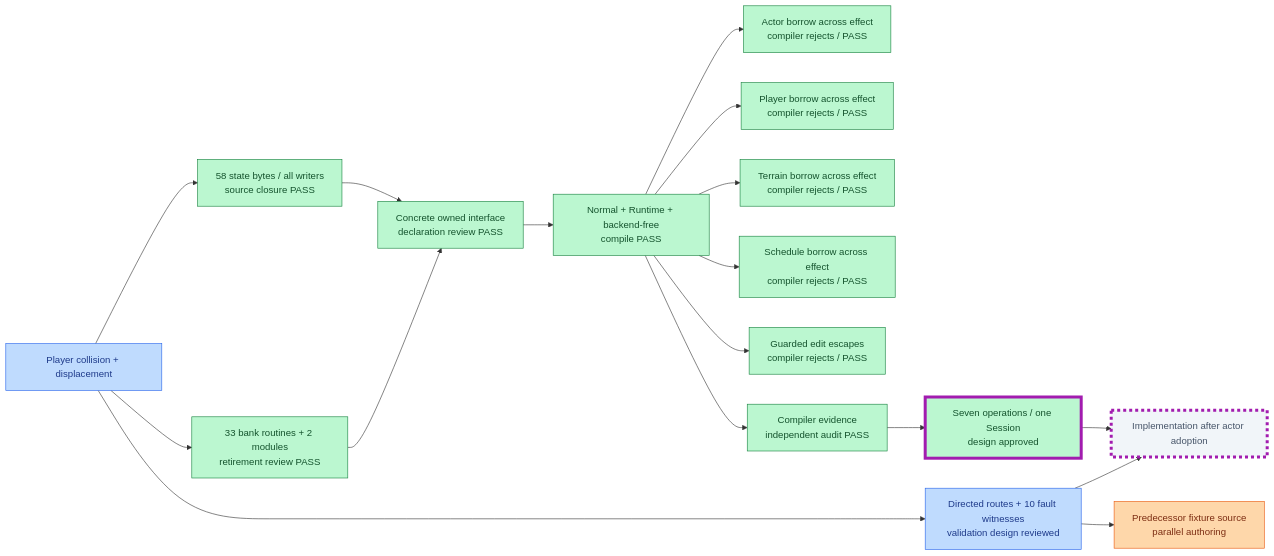
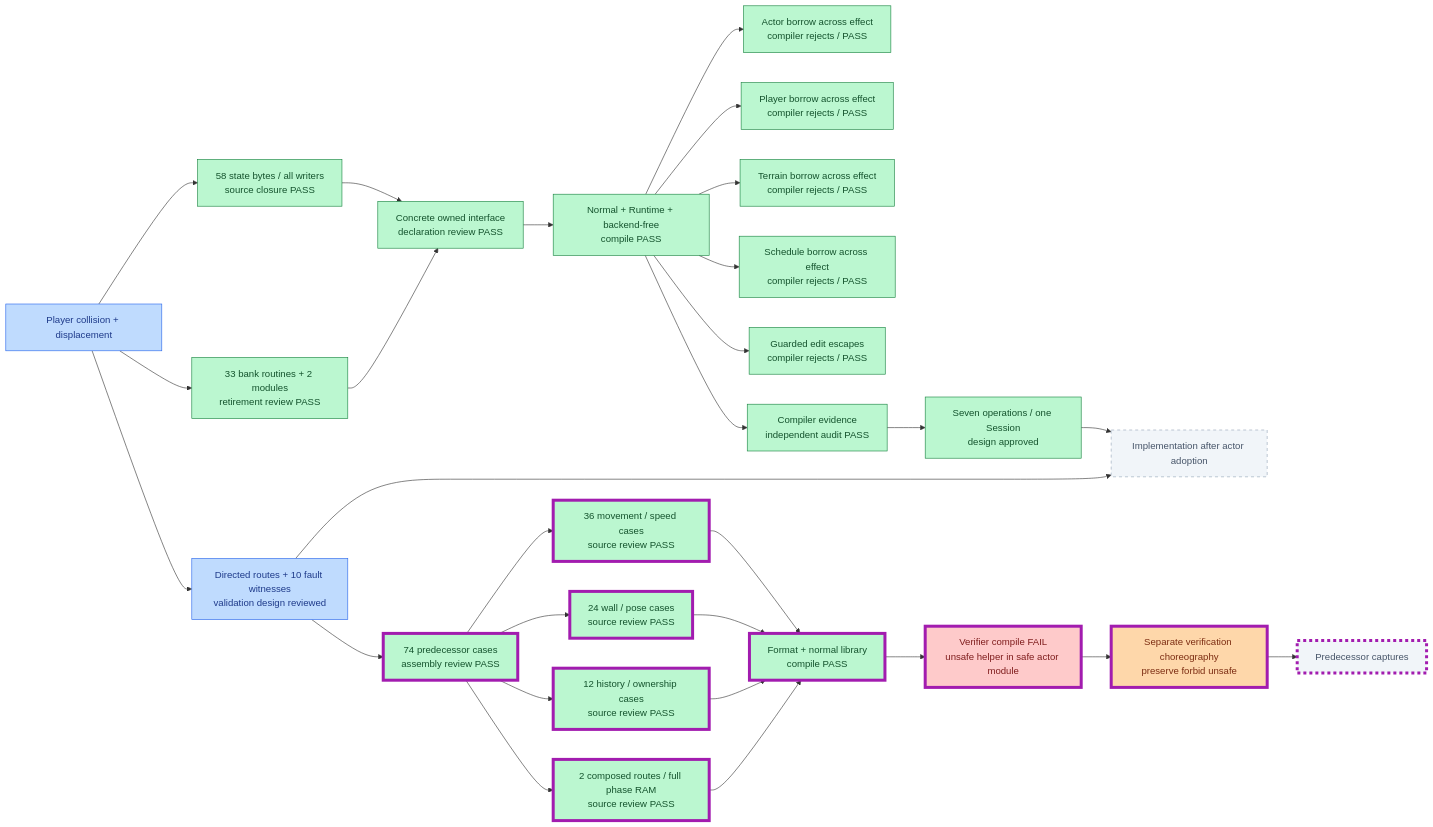
Before and after one commit to JimLundin/sm-decomp: the third of 22 diagrams in PROGRESS.md, drawn with Mermaid. The commit also changed other lines of this file and 1 other file, not shown here.

Commit message:
Show collision fixture checks and verifier integration failure
Documentation-only: four source reviews and assembly audit pass; normal library compile passes17.66s. Direct verifier rejects unsafe helper inside safe actors; source correction in progress. Actor hosted detached mutations and ROM setup pass, DLL mutations active. Diff check and progress counters pass, unchanged production.

````diff
--- a/PROGRESS.md
+++ b/PROGRESS.md
@@ -124,25 +124,37 @@
 ```mermaid
 flowchart LR
     PC["Player collision + displacement"]:::draft --> PS["58 state bytes / all writers<br/>source closure PASS"]:::done
     PC --> PR["33 bank routines + 2 modules<br/>retirement review PASS"]:::done
     PC --> PV["Directed routes + 10 fault witnesses<br/>validation design reviewed"]:::draft
     PS --> PD["Concrete owned interface<br/>declaration review PASS"]:::done
     PR --> PD
     PD --> PCOMP["Normal + Runtime + backend-free<br/>compile PASS"]:::done
     PCOMP --> PBA["Actor borrow across effect<br/>compiler rejects / PASS"]:::done
     PCOMP --> PBP["Player borrow across effect<br/>compiler rejects / PASS"]:::done
     PCOMP --> PBT["Terrain borrow across effect<br/>compiler rejects / PASS"]:::done
     PCOMP --> PBS["Schedule borrow across effect<br/>compiler rejects / PASS"]:::done
     PCOMP --> PBE["Guarded edit escapes<br/>compiler rejects / PASS"]:::done
     PCOMP --> PAUDIT["Compiler evidence<br/>independent audit PASS"]:::done
     PAUDIT --> PAP["Seven operations / one Session<br/>design approved"]:::done
     PAP --> PI["Implementation after actor adoption"]:::pending
     PV --> PI
-    PV --> PREF["Predecessor fixture source<br/>parallel authoring"]:::active
-    class PAP,PI changed
+    PV --> PREF["74 predecessor cases<br/>assembly review PASS"]:::done
+    PREF --> PMOVE["36 movement / speed cases<br/>source review PASS"]:::done
+    PREF --> PPOSE["24 wall / pose cases<br/>source review PASS"]:::done
+    PREF --> POWN["12 history / ownership cases<br/>source review PASS"]:::done
+    PREF --> PROUTE["2 composed routes / full phase RAM<br/>source review PASS"]:::done
+    PMOVE --> PBUILD["Format + normal library<br/>compile PASS"]:::done
+    PPOSE --> PBUILD
+    POWN --> PBUILD
+    PROUTE --> PBUILD
+    PBUILD --> PDLL["Verifier compile FAIL<br/>unsafe helper in safe actor module"]:::failed
+    PDLL --> PFIX["Separate verification choreography<br/>preserve forbid unsafe"]:::active
+    PFIX --> PCAP["Predecessor captures"]:::pending
+    class PREF,PMOVE,PPOSE,POWN,PROUTE,PBUILD,PDLL,PFIX,PCAP changed
+    classDef failed fill:#fecaca,stroke:#dc2626,color:#7f1d1d
     classDef done fill:#bbf7d0,stroke:#15803d,color:#14532d
     classDef draft fill:#bfdbfe,stroke:#2563eb,color:#1e3a8a
     classDef active fill:#fed7aa,stroke:#ea580c,color:#7c2d12
     classDef pending fill:#f1f5f9,stroke:#94a3b8,color:#475569,stroke-dasharray:5 5
     classDef changed stroke:#a21caf,stroke-width:5px
 ```
````
